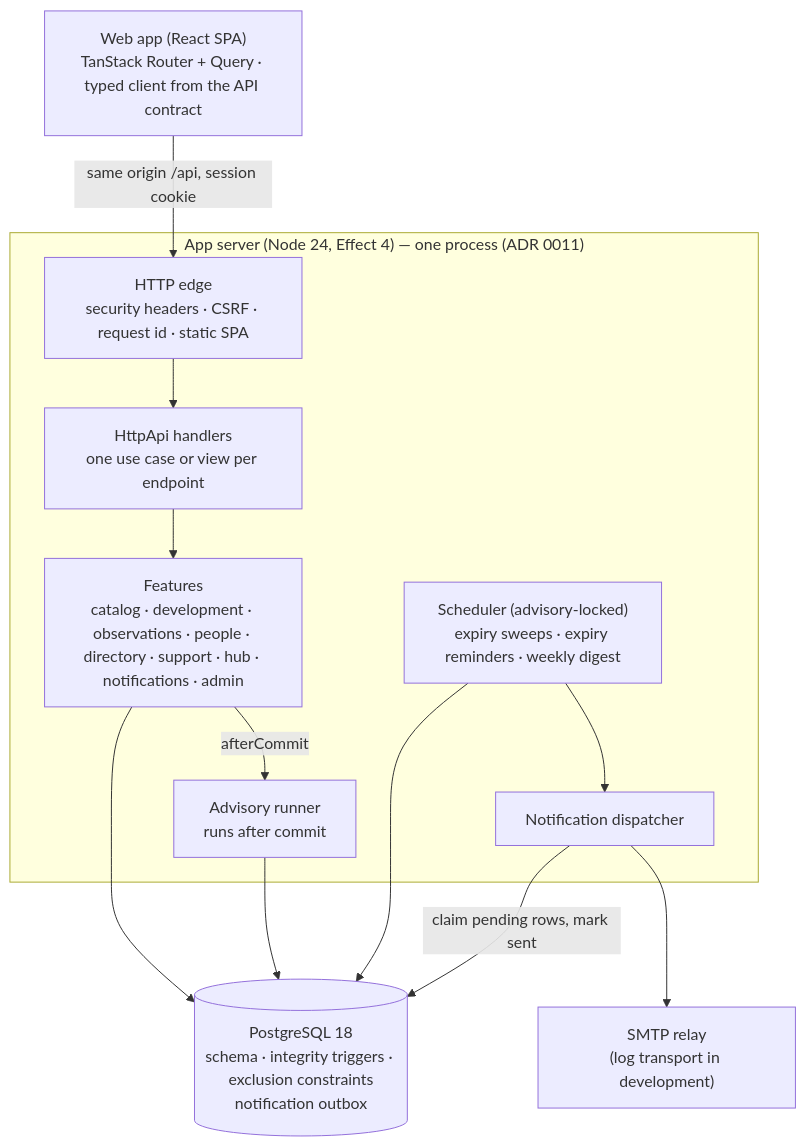
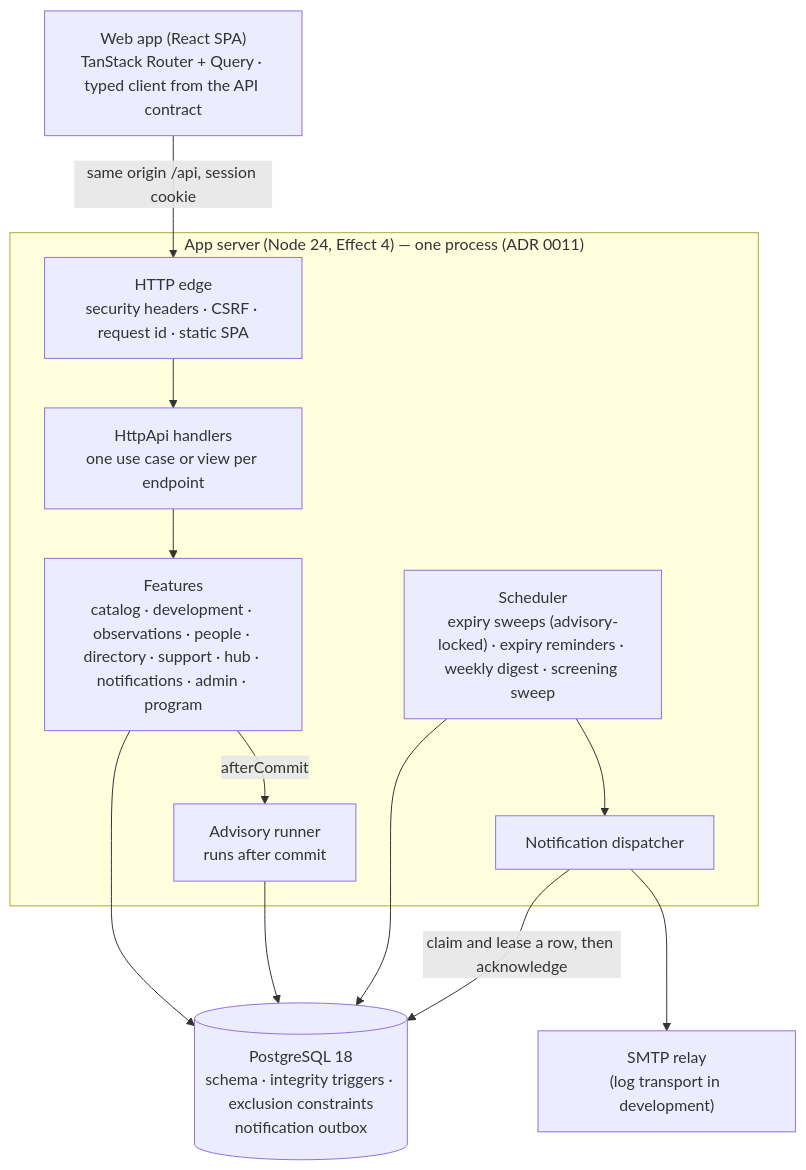
Before and after one commit to brandonbryant12/project-x: the second of 9 diagrams in docs/architecture/overview.md, drawn with Mermaid. The commit also changed other lines of this file and 1 other file, not shown here.

Commit message:
docs(architecture): weighted credit columns and migration, dispatcher and screening flows

````diff
--- a/docs/architecture/overview.md
+++ b/docs/architecture/overview.md
@@ -33,20 +33,20 @@
 ```mermaid
 flowchart TB
   browser["Web app (React SPA)<br/>TanStack Router + Query · typed client from the API contract"]
   subgraph server["App server (Node 24, Effect 4) — one process (ADR 0011)"]
     edge["HTTP edge<br/>security headers · CSRF · request id · static SPA"]
     api["HttpApi handlers<br/>one use case or view per endpoint"]
-    feat["Features<br/>catalog · development · observations · people · directory · support · hub · notifications · admin"]
+    feat["Features<br/>catalog · development · observations · people · directory · support · hub · notifications · admin · program"]
     adv["Advisory runner<br/>runs after commit"]
-    sched["Scheduler (advisory-locked)<br/>expiry sweeps · expiry reminders · weekly digest"]
+    sched["Scheduler<br/>expiry sweeps (advisory-locked) · expiry reminders · weekly digest · screening sweep"]
     disp["Notification dispatcher"]
   end
   pg[("PostgreSQL 18<br/>schema · integrity triggers · exclusion constraints<br/>notification outbox")]
   smtp["SMTP relay<br/>(log transport in development)"]
   browser -->|same origin /api, session cookie| edge --> api --> feat --> pg
   feat -->|afterCommit| adv --> pg
   sched --> pg
   sched --> disp
-  disp -->|claim pending rows, mark sent| pg
+  disp -->|claim and lease a row, then acknowledge| pg
   disp --> smtp
 ```
````
